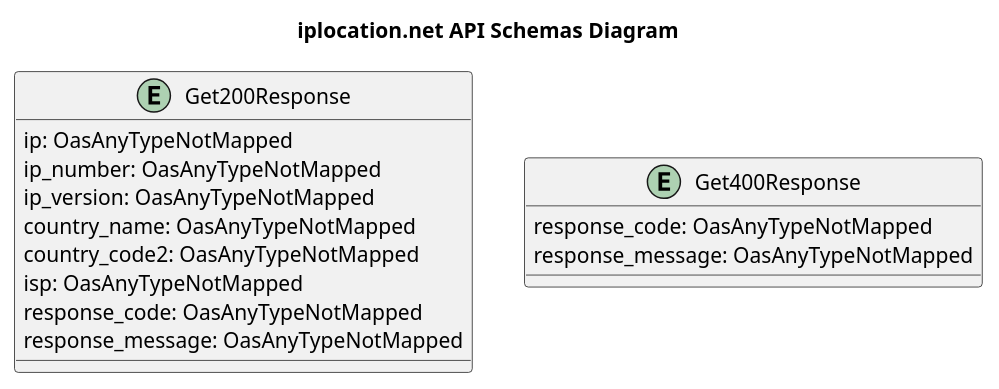
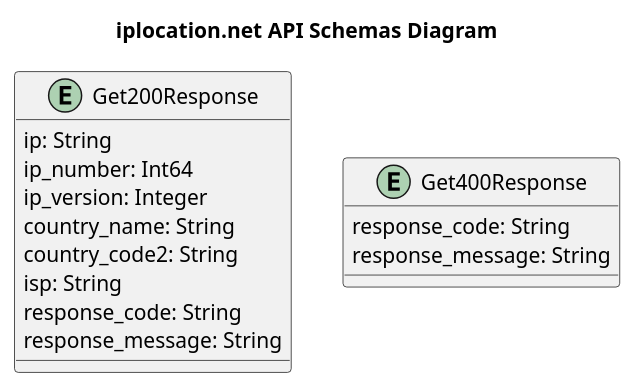
One commit to oapicf/openapi-iplocation changed the diagram in clients/plantuml/generated/schemas.plantuml. Above: the diagram before and after it, drawn with PlantUML. The commit also changed 1558 other files, not shown here.

```diff
--- a/clients/plantuml/generated/schemas.plantuml
+++ b/clients/plantuml/generated/schemas.plantuml
@@ -1,23 +1,23 @@
 @startuml
 
 title iplocation.net API Schemas Diagram
 
 entity Get200Response {
-    ip: OasAnyTypeNotMapped
-    ip_number: OasAnyTypeNotMapped
-    ip_version: OasAnyTypeNotMapped
-    country_name: OasAnyTypeNotMapped
-    country_code2: OasAnyTypeNotMapped
-    isp: OasAnyTypeNotMapped
-    response_code: OasAnyTypeNotMapped
-    response_message: OasAnyTypeNotMapped
+    ip: String
+    ip_number: Int64
+    ip_version: Integer
+    country_name: String
+    country_code2: String
+    isp: String
+    response_code: String
+    response_message: String
 }
 
 entity Get400Response {
-    response_code: OasAnyTypeNotMapped
-    response_message: OasAnyTypeNotMapped
+    response_code: String
+    response_message: String
 }
 
 
 
 @enduml
```
